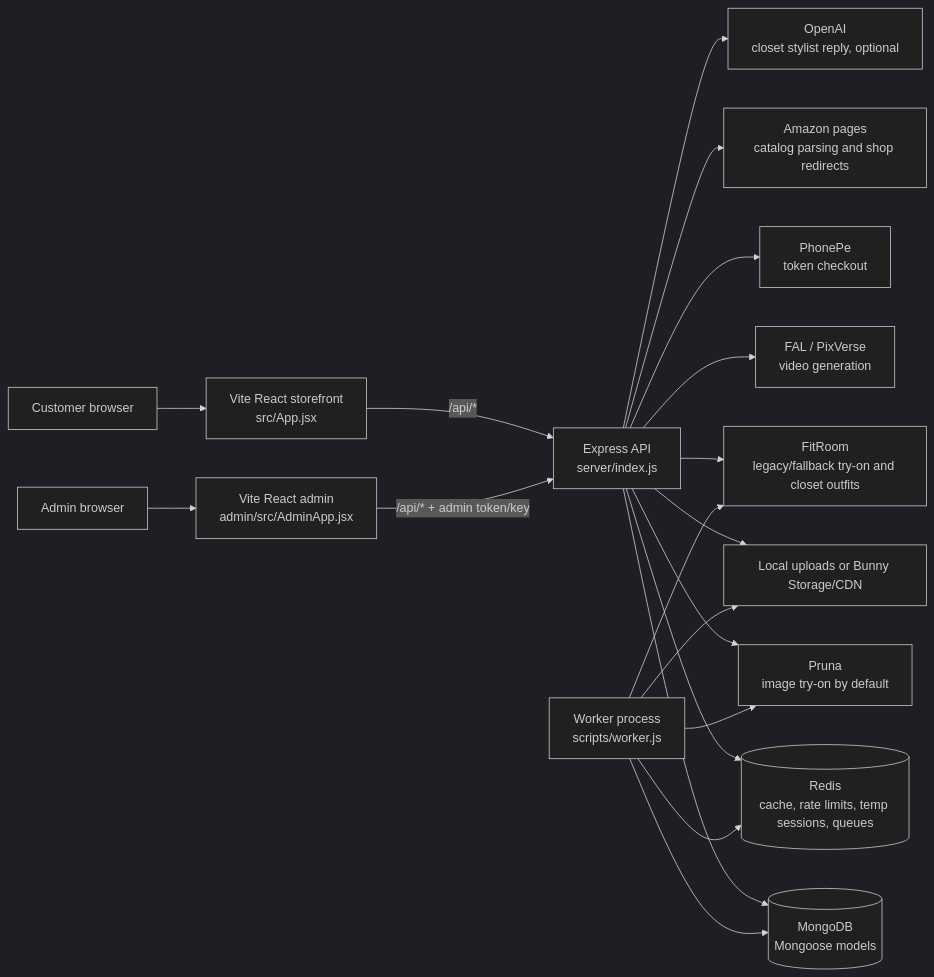
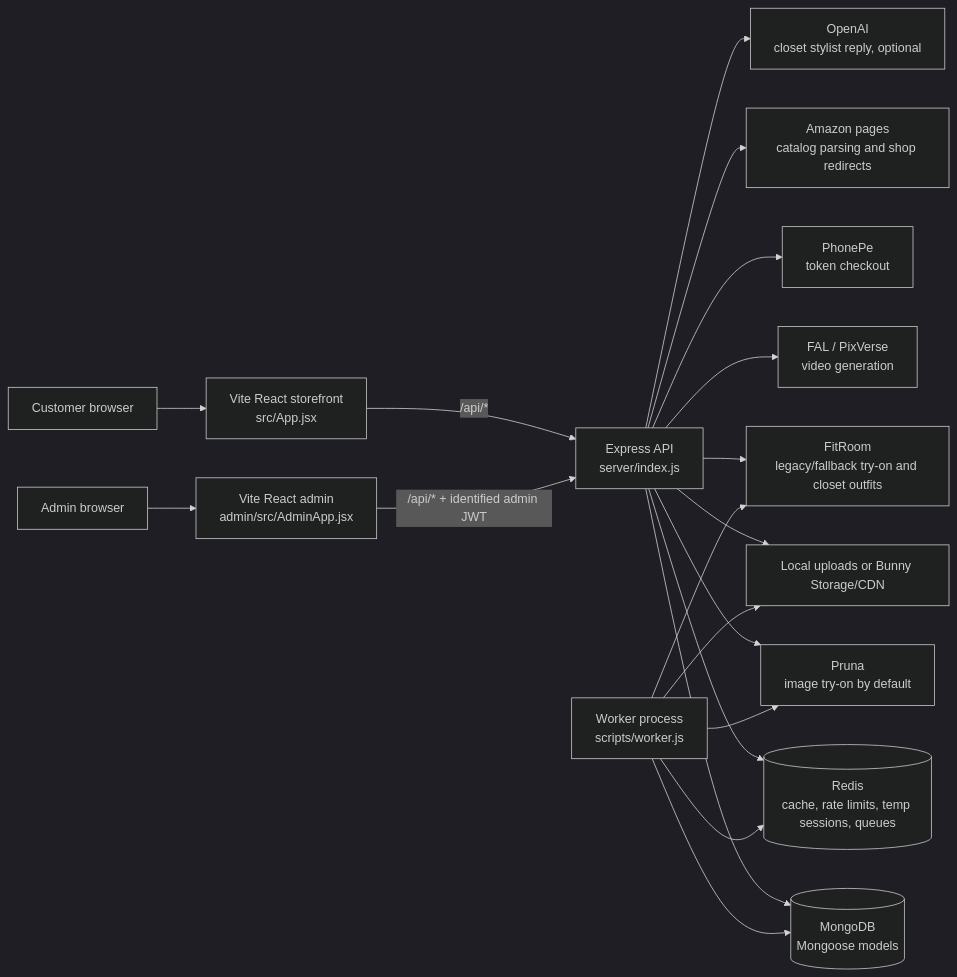
One commit to Office50505/Fitlook changed the first of 11 diagrams in docs/LOOKMEFY_ARCHITECTURE_MAP.md. Above: the diagram before and after it, drawn with Mermaid (dark theme). The commit also changed other lines of this file and 18 other files, not shown here.

````diff
--- a/docs/LOOKMEFY_ARCHITECTURE_MAP.md
+++ b/docs/LOOKMEFY_ARCHITECTURE_MAP.md
@@ -11,24 +11,24 @@
 ```mermaid
 flowchart LR
   User[Customer browser] --> Storefront[Vite React storefront<br/>src/App.jsx]
   Admin[Admin browser] --> AdminApp[Vite React admin<br/>admin/src/AdminApp.jsx]
 
   Storefront -->|/api/*| API[Express API<br/>server/index.js]
-  AdminApp -->|/api/* + admin token/key| API
+  AdminApp -->|/api/* + identified admin JWT| API
 
   API --> Mongo[(MongoDB<br/>Mongoose models)]
   API --> Redis[(Redis<br/>cache, rate limits, temp sessions, queues)]
   API --> Storage[Local uploads or Bunny Storage/CDN]
   API --> Pruna[Pruna<br/>image try-on by default]
   API --> Fal[FAL / PixVerse<br/>video generation]
   API --> FitRoom[FitRoom<br/>legacy/fallback try-on and closet outfits]
   API --> PhonePe[PhonePe<br/>token checkout]
   API --> Amazon[Amazon pages<br/>catalog parsing and shop redirects]
   API --> OpenAI[OpenAI<br/>closet stylist reply, optional]
 
   Worker[Worker process<br/>scripts/worker.js] --> Redis
   Worker --> Mongo
   Worker --> Pruna
   Worker --> FitRoom
   Worker --> Storage
 ```
````
